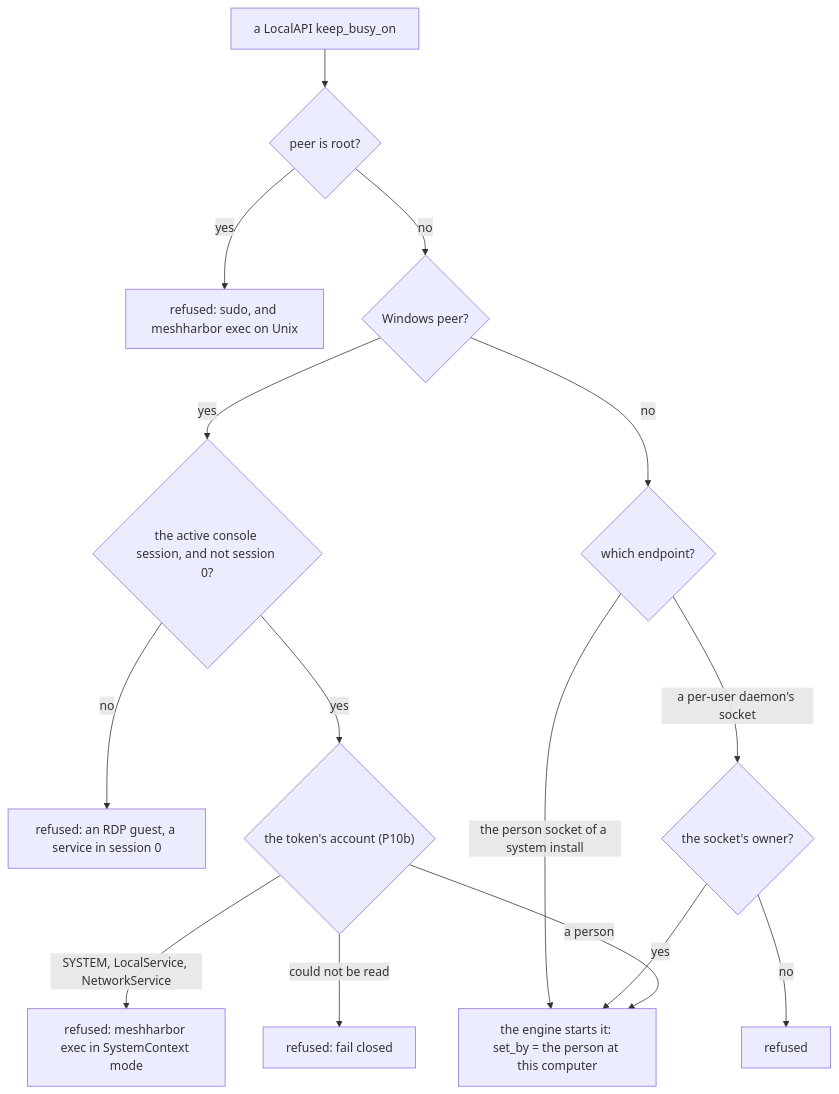
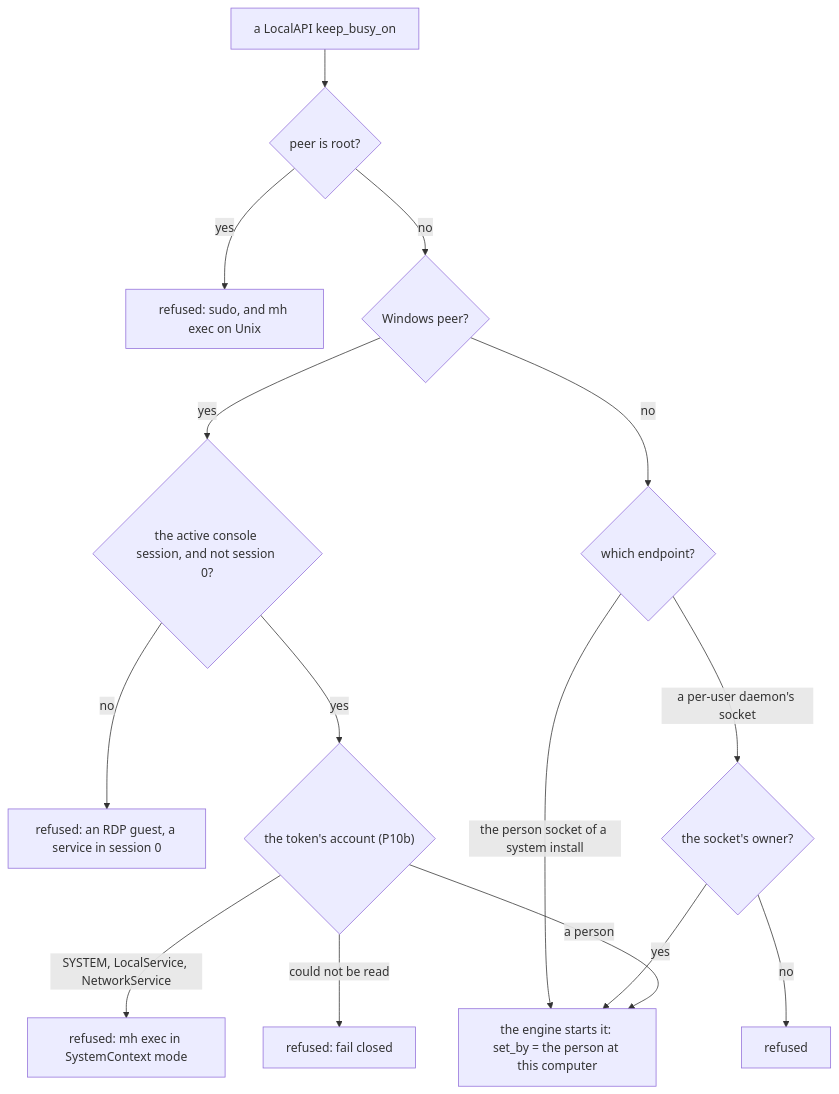
Before and after one commit to jk-zhang-meta/MeshHarbor: the fifth of 7 diagrams in docs/keep-busy.md, drawn with Mermaid. The commit also changed other lines of this file and 323 other files, not shown here.

````diff
--- a/docs/keep-busy.md
+++ b/docs/keep-busy.md
@@ -403,17 +403,17 @@
 ```mermaid
 flowchart TD
   P[a LocalAPI keep_busy_on] --> R{peer is root?}
-  R -- yes --> X[refused: sudo, and meshharbor exec on Unix]
+  R -- yes --> X[refused: sudo, and mh exec on Unix]
   R -- no --> W{Windows peer?}
   W -- yes --> S{the active console session, and not session 0?}
   S -- no --> X2[refused: an RDP guest, a service in session 0]
   S -- yes --> A{"the token's account (P10b)"}
   A -- "a person" --> OK[the engine starts it: set_by = the person at this computer]
-  A -- "SYSTEM, LocalService, NetworkService" --> X4[refused: meshharbor exec in SystemContext mode]
+  A -- "SYSTEM, LocalService, NetworkService" --> X4[refused: mh exec in SystemContext mode]
   A -- "could not be read" --> X5[refused: fail closed]
   W -- no --> E{which endpoint?}
   E -- a per-user daemon's socket --> O{the socket's owner?}
   O -- yes --> OK
   O -- no --> X3[refused]
   E -- the person socket of a system install --> OK
 ```
````
